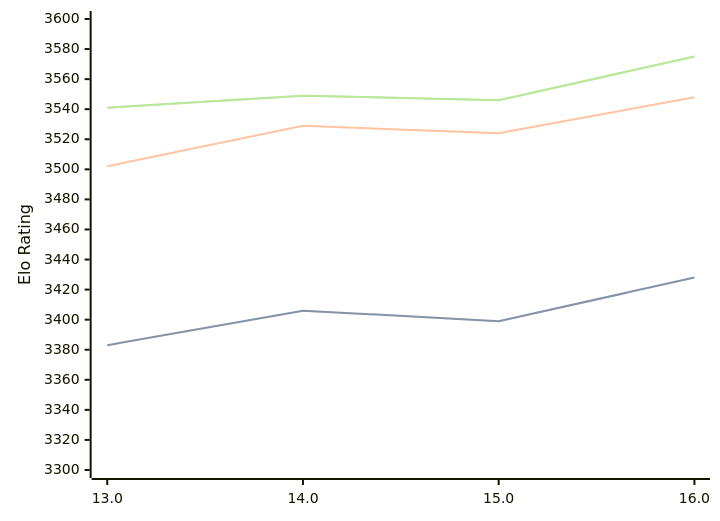
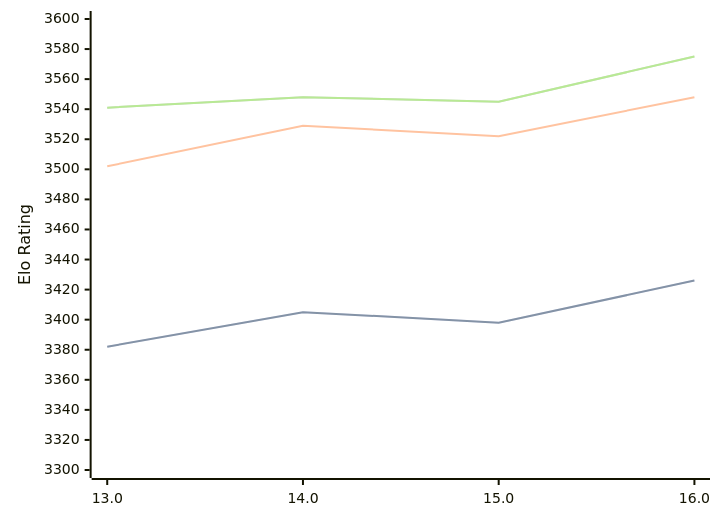
Before and after one commit to computer-chess-index/cci: the third of 3 diagrams in engines/Obsidian.md, drawn with Mermaid. The commit also changed other lines of this file, not shown here.

Commit message:
Update CCI Ratings (ELO VLTC) - 2026-07-15

````diff
--- a/engines/Obsidian.md
+++ b/engines/Obsidian.md
@@ -76,11 +76,11 @@
 ```mermaid
 %%{init: {"theme":"base","themeVariables":{"seriesColors:['#a3a3a3','#222221','#faa371']}}}%%
 xychart-beta
   x-axis ["13.0", "14.0", "15.0", "16.0"]
   y-axis "Elo Rating" 3300 --> 3600
-  line "STC (8.0+0.08s)" [3383, 3406, 3399, 3428]
-  line "STC (8.0+0.08s)" [3383, 3406, 3399, 3428]
-  line "LTC (60.0+0.60s)" [3502, 3529, 3524, 3548]
-  line "VLTC (2m24s+1.12s)" [3541, 3549, 3546, 3575]
-  line "VLTC (2m24s+1.12s)" [3541, 3549, 3546, 3575]
+  line "STC (8.0+0.08s)" [3382, 3405, 3398, 3426]
+  line "STC (8.0+0.08s)" [3382, 3405, 3398, 3426]
+  line "LTC (60.0+0.60s)" [3502, 3529, 3522, 3548]
+  line "VLTC (2m24s+1.12s)" [3541, 3548, 3545, 3575]
+  line "VLTC (2m24s+1.12s)" [3541, 3548, 3545, 3575]
 ```
````
